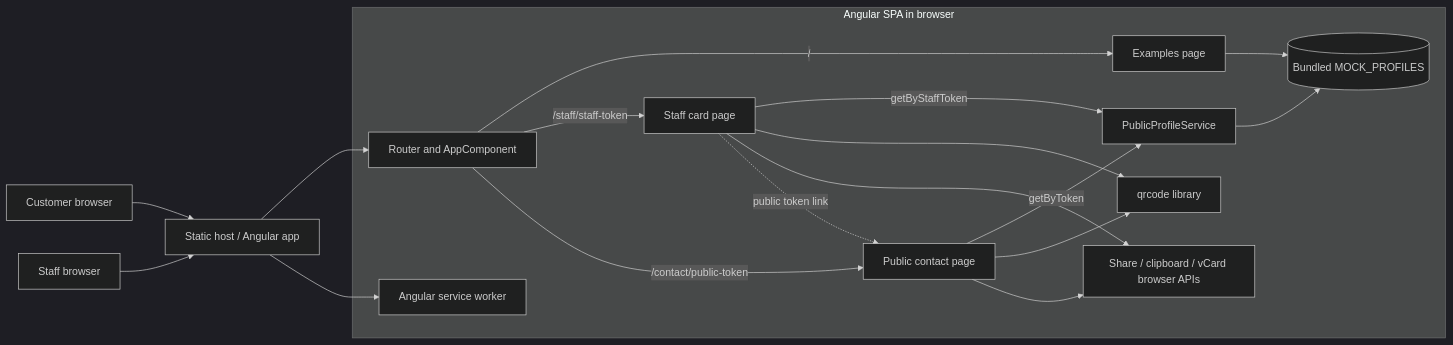
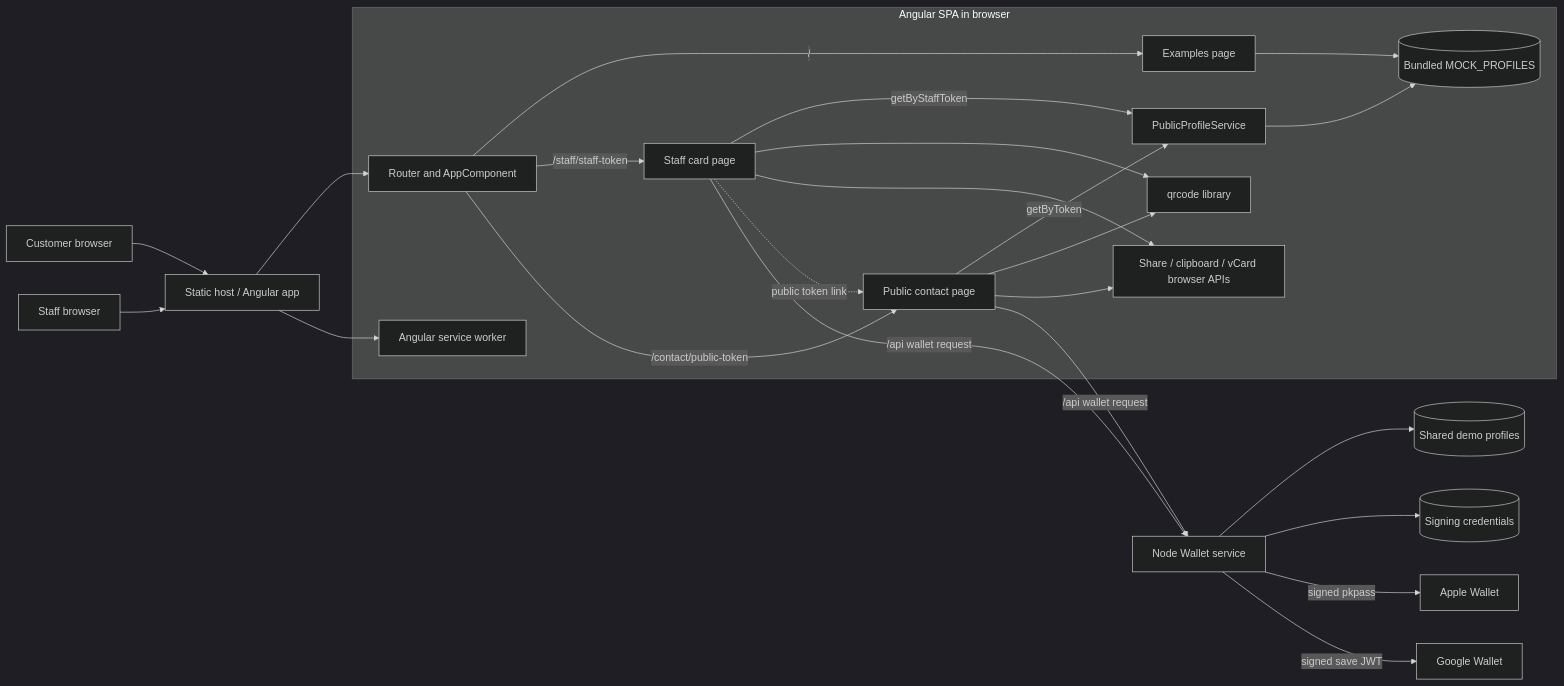
The diagram in architecture.mmd (jaynidesh/Digital-Business-Card), drawn with Mermaid (dark theme) before and after one commit. The commit also changed 26 other files, not shown here.

```diff
--- a/architecture.mmd
+++ b/architecture.mmd
@@ -1,30 +1,36 @@
 flowchart LR
     visitor[Customer browser] --> static[Static host / Angular app]
     staff[Staff browser] --> static
 
     subgraph browser[Angular SPA in browser]
         router[Router and AppComponent]
         examples[Examples page]
         staffPage[Staff card page]
         publicPage[Public contact page]
         profiles[PublicProfileService]
         mock[(Bundled MOCK_PROFILES)]
         qr[qrcode library]
         webapis[Share / clipboard / vCard browser APIs]
         sw[Angular service worker]
     end
 
     static --> router
     static --> sw
     router -->|/| examples
     router -->|/staff/staff-token| staffPage
     router -->|/contact/public-token| publicPage
     examples --> mock
     staffPage -->|getByStaffToken| profiles
     publicPage -->|getByToken| profiles
     profiles --> mock
     staffPage --> qr
     publicPage --> qr
     staffPage --> webapis
     publicPage --> webapis
     staffPage -.->|public token link| publicPage
+    staffPage -->|/api wallet request| wallet
+    publicPage -->|/api wallet request| wallet[Node Wallet service]
+    wallet --> data[(Shared demo profiles)]
+    wallet --> keys[(Signing credentials)]
+    wallet -->|signed pkpass| apple[Apple Wallet]
+    wallet -->|signed save JWT| google[Google Wallet]
```
